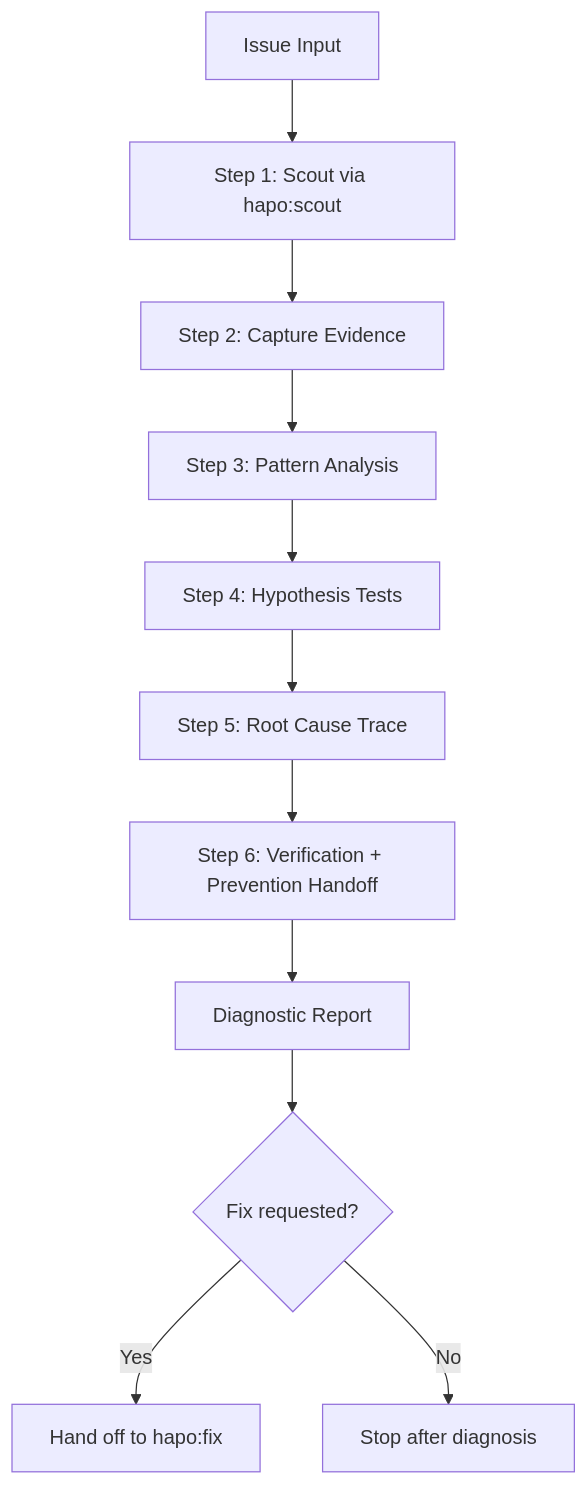
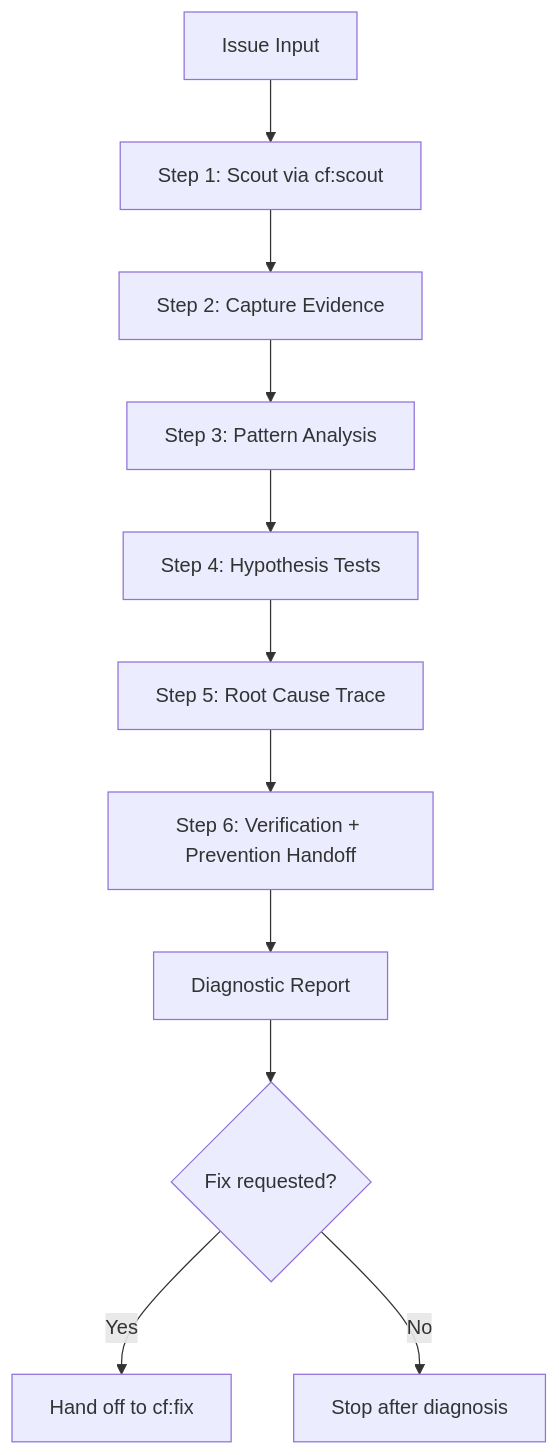
The diagram in packages/spec/src/claude/skills/debug/SKILL.md (hapo-nghialuu/antigravity-kit), drawn with Mermaid before and after one commit. The commit also changed other lines of this file and 133 other files, not shown here.

````diff
--- a/packages/spec/src/claude/skills/debug/SKILL.md
+++ b/packages/spec/src/claude/skills/debug/SKILL.md
@@ -67,13 +67,13 @@
 ```mermaid
 flowchart TD
-    A[Issue Input] --> B[Step 1: Scout via hapo:scout]
+    A[Issue Input] --> B[Step 1: Scout via cf:scout]
     B --> C[Step 2: Capture Evidence]
     C --> D[Step 3: Pattern Analysis]
     D --> E[Step 4: Hypothesis Tests]
     E --> F[Step 5: Root Cause Trace]
     F --> G[Step 6: Verification + Prevention Handoff]
     G --> H[Diagnostic Report]
     H --> I{Fix requested?}
-    I -->|Yes| J[Hand off to hapo:fix]
+    I -->|Yes| J[Hand off to cf:fix]
     I -->|No| K[Stop after diagnosis]
 ```
````
